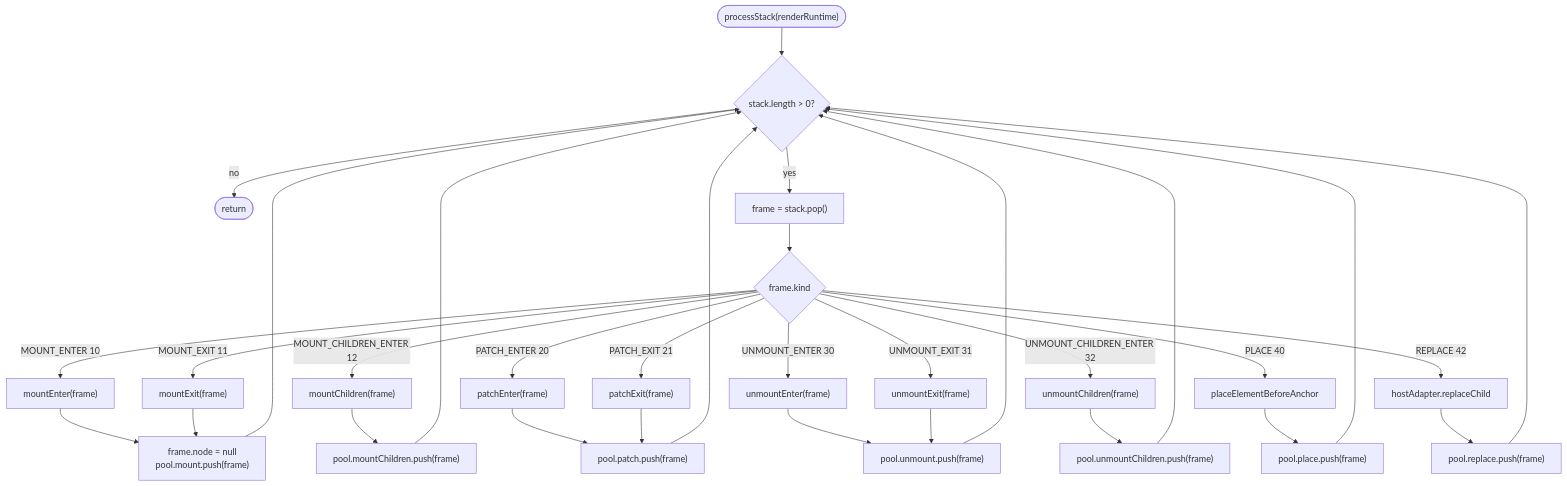
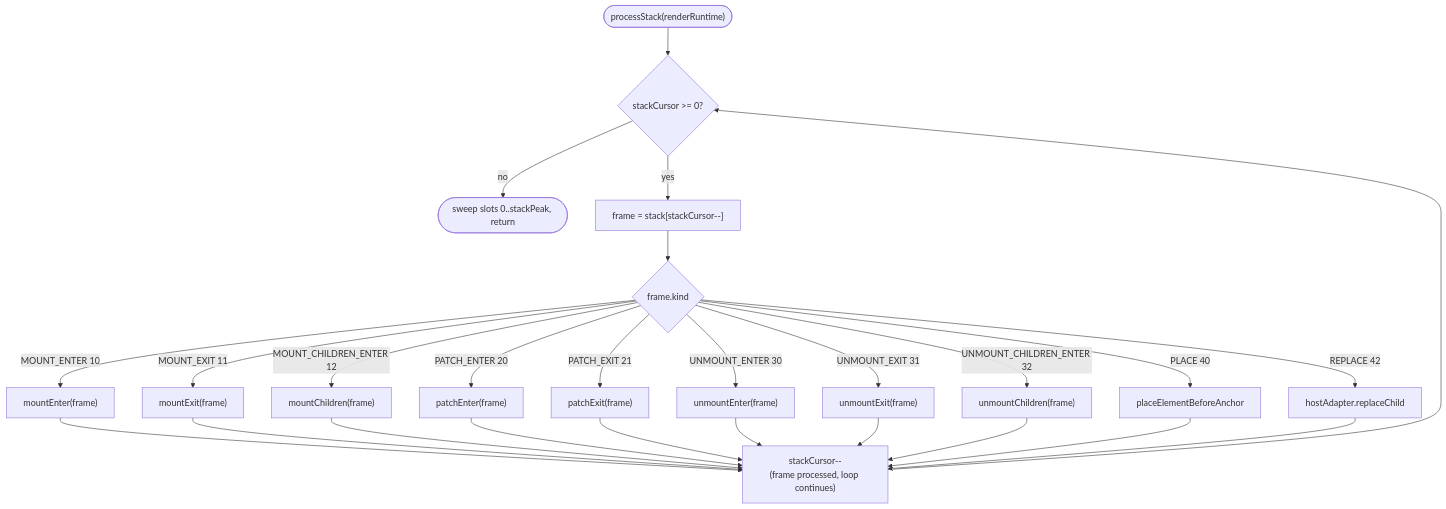
One commit to dPaskhin/simpreact changed the first of 3 diagrams in docs/core/process-stack.md. Above: the diagram before and after it, drawn with Mermaid. The commit also changed other lines of this file and 5 other files, not shown here.

````diff
--- a/docs/core/process-stack.md
+++ b/docs/core/process-stack.md
@@ -24,37 +24,31 @@
 ```mermaid
 flowchart TD
-    START(["processStack(renderRuntime)"]) --> CHECK{stack.length > 0?}
-    CHECK -->|no| END(["return"])
-    CHECK -->|yes| POP["frame = stack.pop()"]
+    START(["processStack(renderRuntime)"]) --> CHECK{stackCursor >= 0?}
+    CHECK -->|no| END(["sweep slots 0..stackPeak, return"])
+    CHECK -->|yes| POP["frame = stack[stackCursor--]"]
     POP --> DISPATCH{frame.kind}
 
     DISPATCH -->|MOUNT_ENTER 10| ME["mountEnter(frame)"]
     DISPATCH -->|MOUNT_EXIT 11| MX["mountExit(frame)"]
     DISPATCH -->|MOUNT_CHILDREN_ENTER 12| MC["mountChildren(frame)"]
     DISPATCH -->|PATCH_ENTER 20| PE["patchEnter(frame)"]
     DISPATCH -->|PATCH_EXIT 21| PX["patchExit(frame)"]
     DISPATCH -->|UNMOUNT_ENTER 30| UE["unmountEnter(frame)"]
     DISPATCH -->|UNMOUNT_EXIT 31| UX["unmountExit(frame)"]
     DISPATCH -->|UNMOUNT_CHILDREN_ENTER 32| UC["unmountChildren(frame)"]
     DISPATCH -->|PLACE 40| PL["placeElementBeforeAnchor"]
     DISPATCH -->|REPLACE 42| RP["hostAdapter.replaceChild"]
 
-    ME --> RECYCLE["frame.node = null\npool.mount.push(frame)"]
-    MX --> RECYCLE
-    MC --> RECYCLE2["pool.mountChildren.push(frame)"]
-    PE --> RECYCLE3["pool.patch.push(frame)"]
-    PX --> RECYCLE3
-    UE --> RECYCLE4["pool.unmount.push(frame)"]
-    UX --> RECYCLE4
-    UC --> RECYCLE5["pool.unmountChildren.push(frame)"]
-    PL --> RECYCLE6["pool.place.push(frame)"]
-    RP --> RECYCLE7["pool.replace.push(frame)"]
+    ME --> DEC["stackCursor--\n(frame processed, loop continues)"]
+    MX --> DEC
+    MC --> DEC
+    PE --> DEC
+    PX --> DEC
+    UE --> DEC
+    UX --> DEC
+    UC --> DEC
+    PL --> DEC
+    RP --> DEC
 
-    RECYCLE --> CHECK
-    RECYCLE2 --> CHECK
-    RECYCLE3 --> CHECK
-    RECYCLE4 --> CHECK
-    RECYCLE5 --> CHECK
-    RECYCLE6 --> CHECK
-    RECYCLE7 --> CHECK
+    DEC --> CHECK
 ```
````
